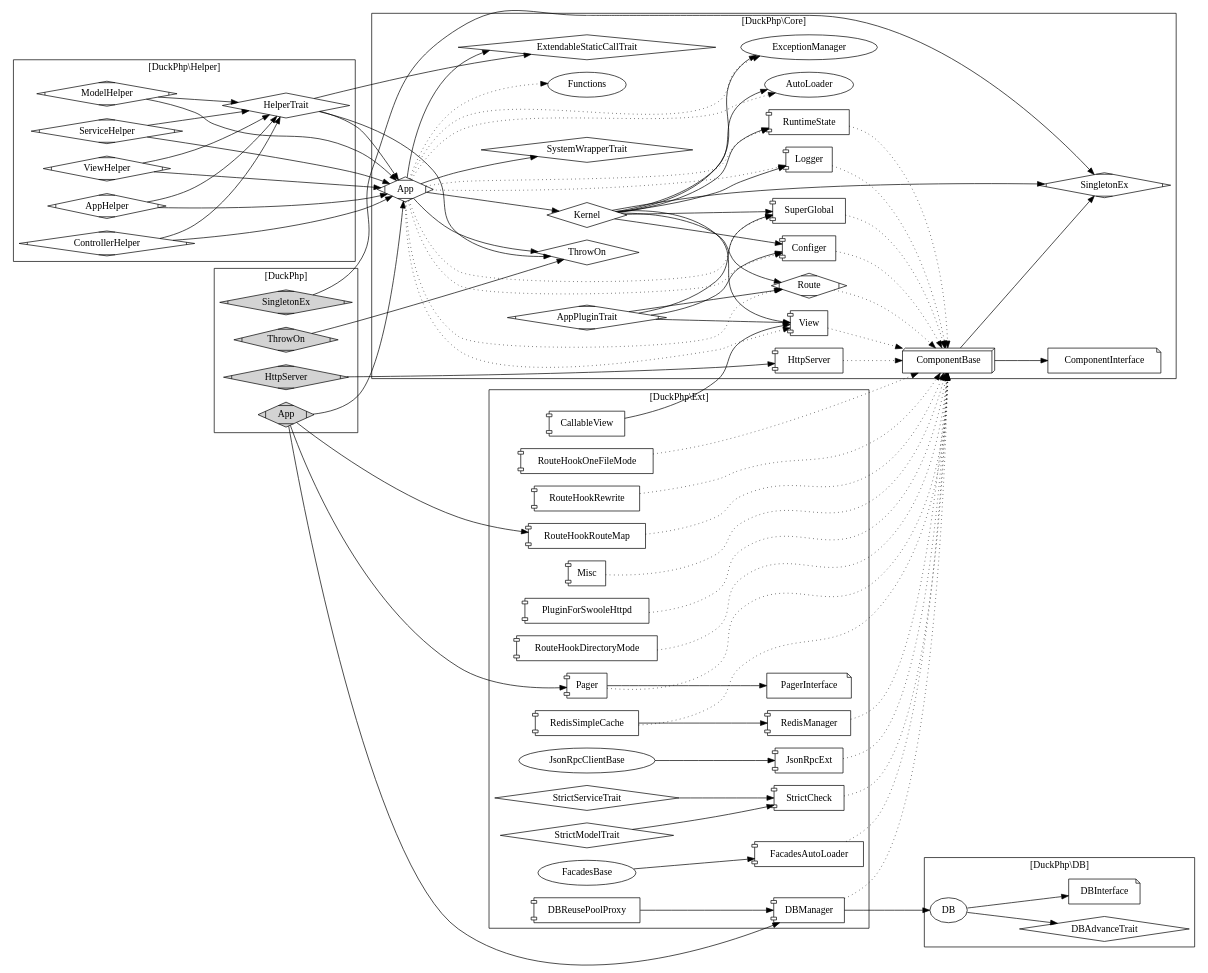
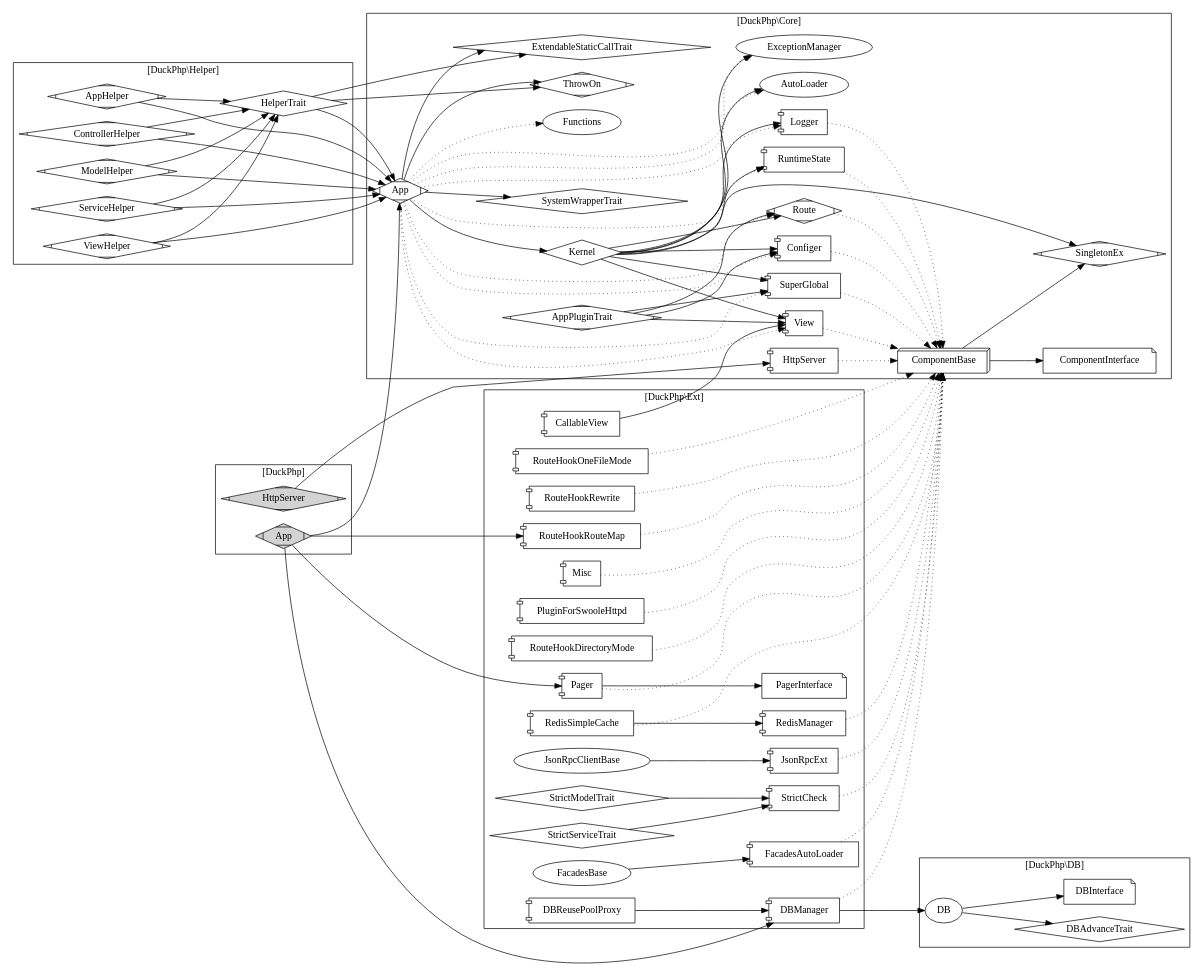
One commit to dvaknheo/duckphp changed the diagram in doc/duckphp.gv. Above: the diagram before and after it, drawn with Graphviz. The commit also changed 9 other files, not shown here.

Commit message:
去掉了 DuckPhp\SingletonEx 和 DuckPhp\ThrowOn 用 DuckPhp\Core\SingletonEx DuckPhp\Core\ThrowOn 就够了

```diff
--- a/doc/duckphp.gv
+++ b/doc/duckphp.gv
@@ -24,7 +24,7 @@
 
     Core_ExtendableStaticCallTrait [label="ExtendableStaticCallTrait";shape=diamond];
     
-    Core_ThrowOn [label="ThrowOn";shape=diamond];
+    Core_ThrowOn [label="ThrowOn";shape=Mdiamond];
     Core_ComponentInterface [label="ComponentInterface";shape=note];
     Core_ComponentBase [label="ComponentBase";shape=box3d];
     Core_Functions [label="Functions"];
@@ -185,18 +185,13 @@
 
     HttpServer -> Core_HttpServer;
     App -> Core_App;
-    SingletonEx -> Core_SingletonEx;
-    ThrowOn -> Core_ThrowOn;
-    
+
     App -> RouteHookRouteMap;
     App -> Pager;
     App -> DBManager;
 
     App [shape=Mdiamond];
     HttpServer [shape=Mdiamond];
-    
-    SingletonEx [style=filled,shape=Mdiamond] ;
-    ThrowOn [shape=Mdiamond];
 
 }
 
```
